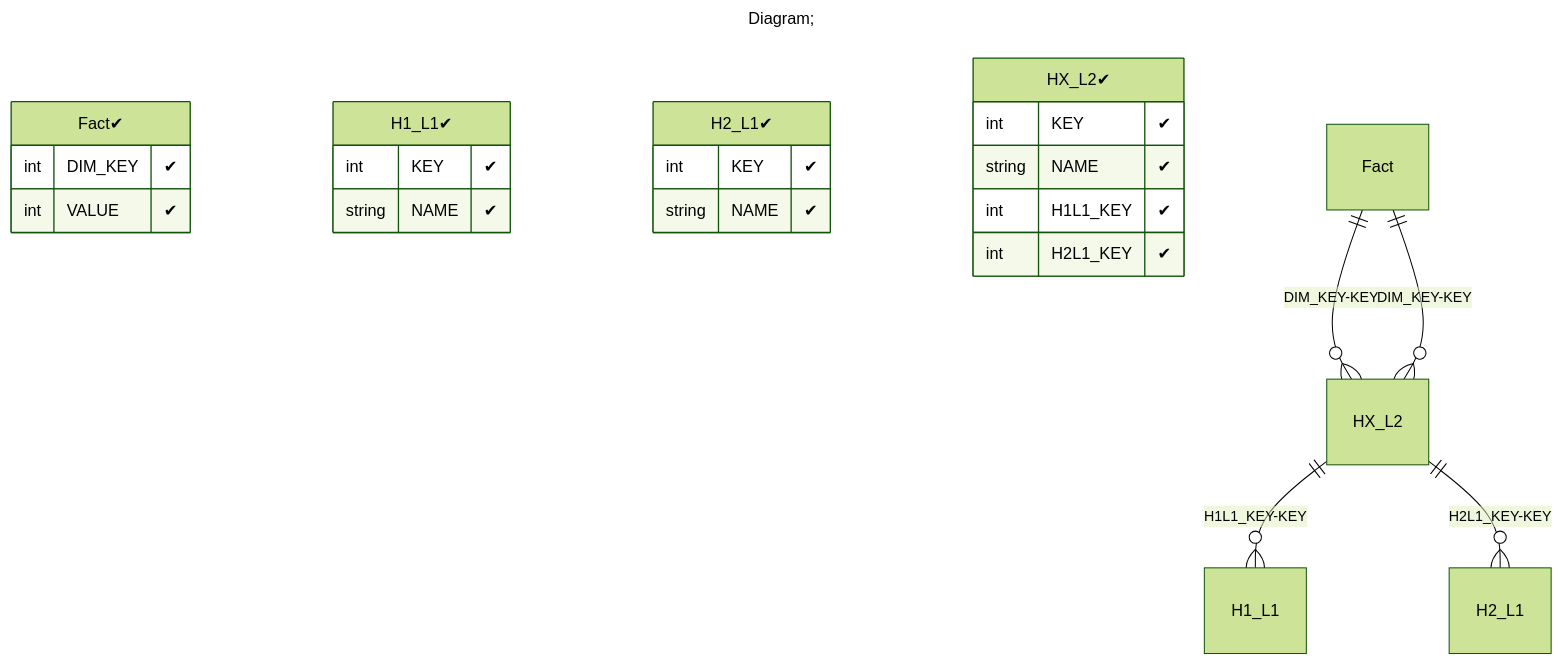
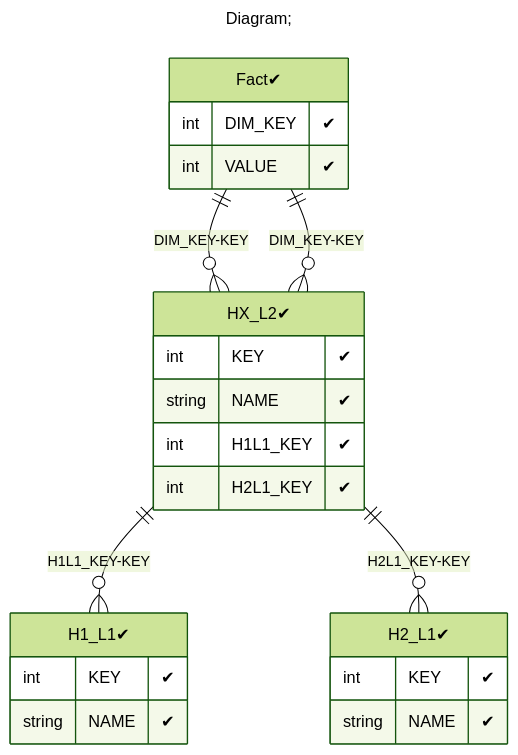
Before and after one commit to xmla-services/workground: the third of 3 diagrams in demo/server/catalogs/min_Cube_DrillThroughAction/README.MD, drawn with Mermaid (forest theme). The commit also changed 16 other files, not shown here.

Commit message:
tutorials. add flags (positive, negative) in database diagram Signed-off-by: dbulahov <bulahovdenis@gmail.com>

````diff
--- a/demo/server/catalogs/min_Cube_DrillThroughAction/README.MD
+++ b/demo/server/catalogs/min_Cube_DrillThroughAction/README.MD
@@ -114,29 +114,29 @@
 ```mermaid
 ---
 title: Diagram;
 ---
 erDiagram
 "Fact✔"{
 int DIM_KEY "✔"
 int VALUE "✔"
 }
 "H1_L1✔"{
 int KEY "✔"
 string NAME "✔"
 }
 "H2_L1✔"{
 int KEY "✔"
 string NAME "✔"
 }
 "HX_L2✔"{
 int KEY "✔"
 string NAME "✔"
 int H1L1_KEY "✔"
 int H2L1_KEY "✔"
 }
 
-"Fact" ||--o{ "HX_L2" : "DIM_KEY-KEY"
-"HX_L2" ||--o{ "H1_L1" : "H1L1_KEY-KEY"
-"Fact" ||--o{ "HX_L2" : "DIM_KEY-KEY"
-"HX_L2" ||--o{ "H2_L1" : "H2L1_KEY-KEY"
+"Fact✔" ||--o{ "HX_L2✔" : "DIM_KEY-KEY"
+"HX_L2✔" ||--o{ "H1_L1✔" : "H1L1_KEY-KEY"
+"Fact✔" ||--o{ "HX_L2✔" : "DIM_KEY-KEY"
+"HX_L2✔" ||--o{ "H2_L1✔" : "H2L1_KEY-KEY"
 ```
````
